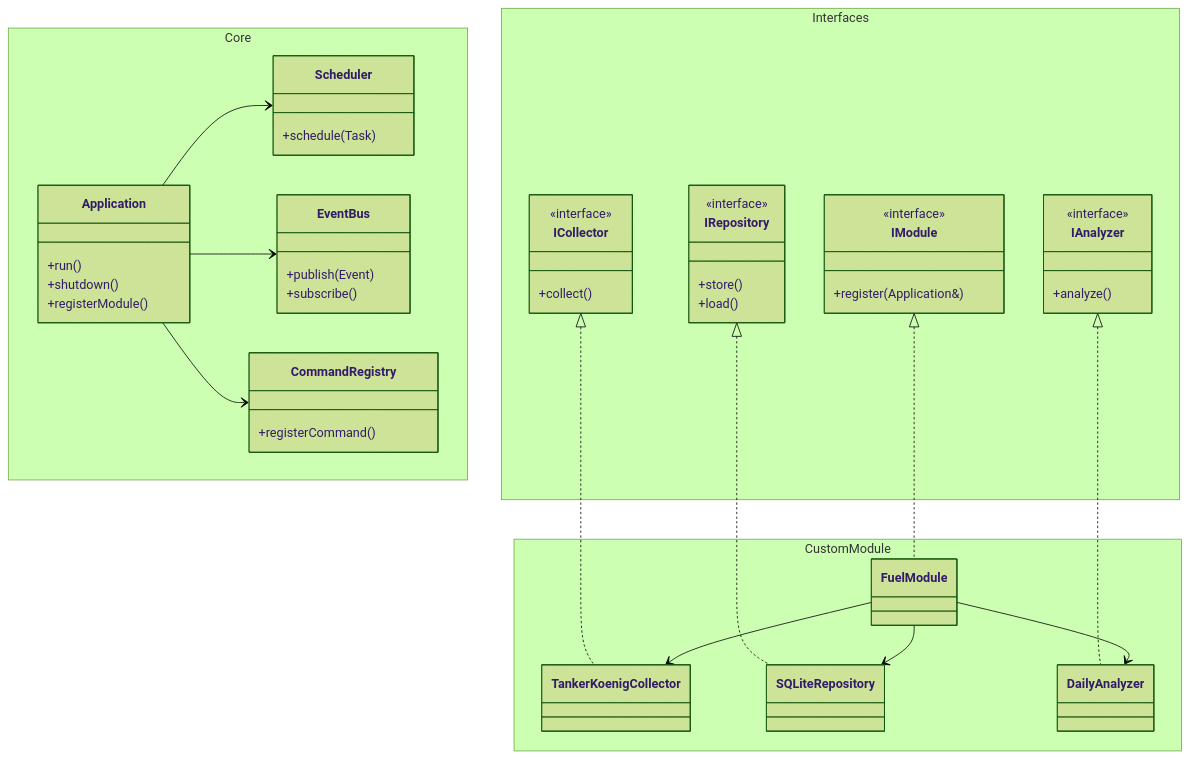
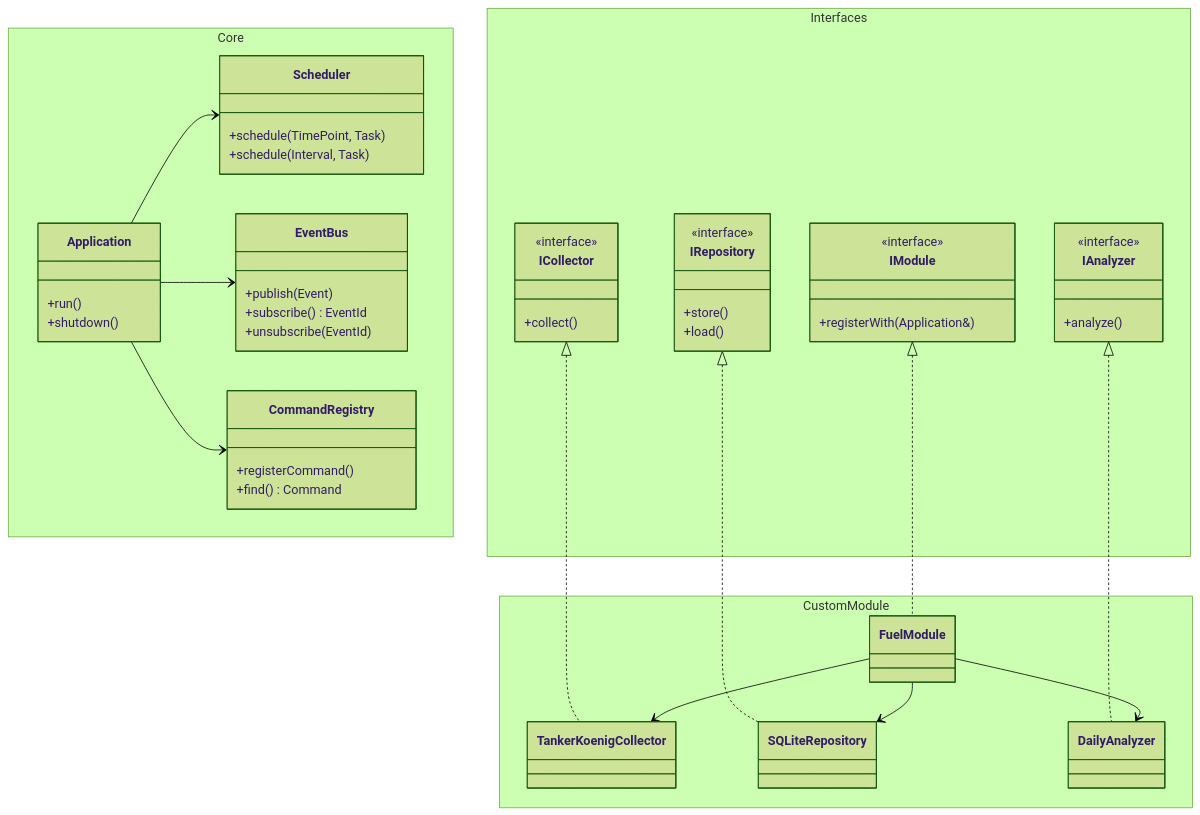
One commit to FelixHommel/FuelPulse changed the second of 5 diagrams in docs/architecture/Architecture.md. Above: the diagram before and after it, drawn with Mermaid (forest theme). The commit also changed other lines of this file and 1 other file, not shown here.

Commit message:
docs: document FuelModule architecture

````diff
--- a/docs/architecture/Architecture.md
+++ b/docs/architecture/Architecture.md
@@ -62,70 +62,72 @@
 ```mermaid
 classDiagram
   namespace Core{
     class Application{
       +run()
       +shutdown()
-      +registerModule()
     }
 
     class Scheduler{
-      +schedule(Task)
+      +schedule(TimePoint, Task)
+      +schedule(Interval, Task)
     }
 
     class EventBus{
       +publish(Event)
-      +subscribe()
+      +subscribe() EventId
+      +unsubscribe(EventId)
     }
 
     class CommandRegistry{
       +registerCommand()
+      +find() Command
     }
   }
 
   namespace Interfaces{
     class IModule{
       <<interface>>
-      +register(Application&)
+      +registerWith(Application&)
     }
 
     class ICollector{
       <<interface>>
       +collect()
     }
 
     class IRepository{
       <<interface>>
       +store()
       +load()
     }
 
     class IAnalyzer{
       <<interface>>
       +analyze()
     }
   }
 
   namespace CustomModule{
     class FuelModule
 
     class TankerKoenigCollector
 
     class SQLiteRepository
 
     class DailyAnalyzer
   }
 
   Application --> Scheduler
   Application --> EventBus
   Application --> CommandRegistry
 
   IModule <|.. FuelModule
 
   ICollector <|.. TankerKoenigCollector
   IRepository <|.. SQLiteRepository
   IAnalyzer <|.. DailyAnalyzer
 
   FuelModule --> TankerKoenigCollector
   FuelModule --> SQLiteRepository
   FuelModule --> DailyAnalyzer
 ```
````
